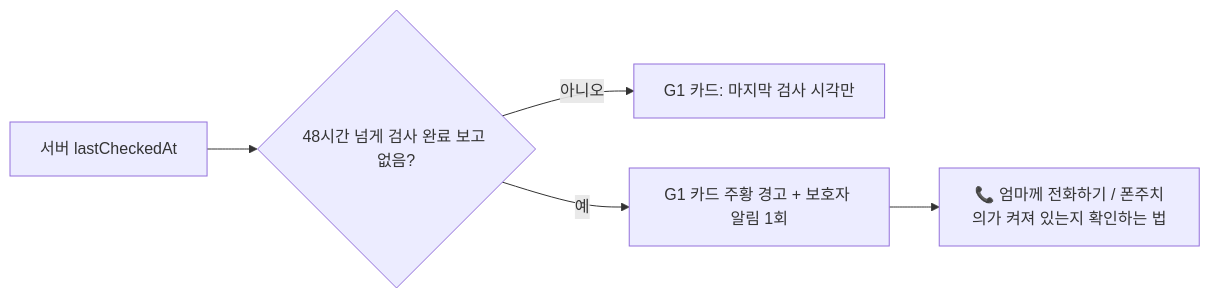
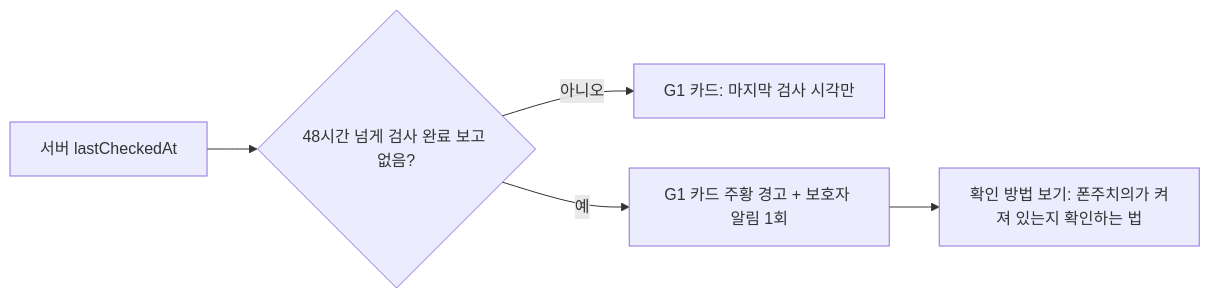
The fifth of 5 diagrams in specs/001-mvp/ux-flows.md (inq-o/phonedoctor), drawn with Mermaid before and after one commit. The commit also changed other lines of this file and 3 other files, not shown here.

````diff
--- a/specs/001-mvp/ux-flows.md
+++ b/specs/001-mvp/ux-flows.md
@@ -192,7 +193,7 @@
 ```mermaid
 flowchart LR
     A[서버 lastCheckedAt] --> B{48시간 넘게 검사 완료 보고 없음?}
     B -- 아니오 --> Z[G1 카드: 마지막 검사 시각만]
     B -- 예 --> C[G1 카드 주황 경고 + 보호자 알림 1회]
-    C --> D[📞 엄마께 전화하기 / 폰주치의가 켜져 있는지 확인하는 법]
+    C --> D[확인 방법 보기: 폰주치의가 켜져 있는지 확인하는 법]
 ```
````
